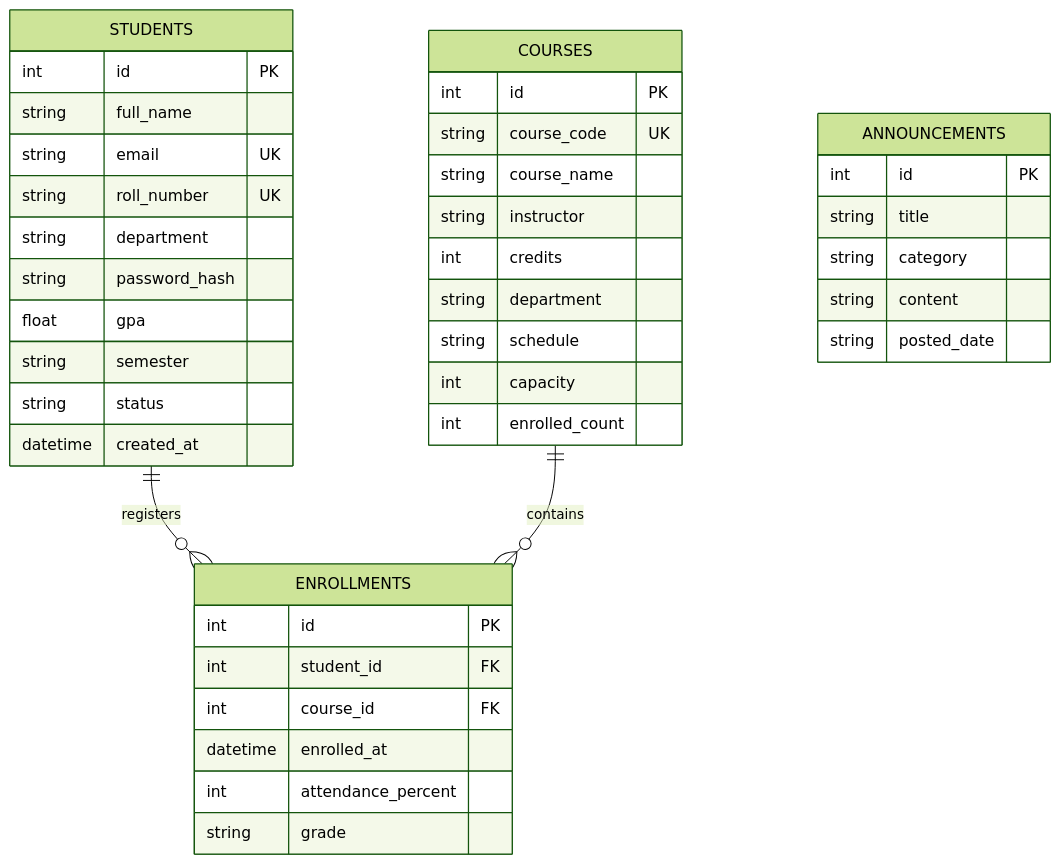
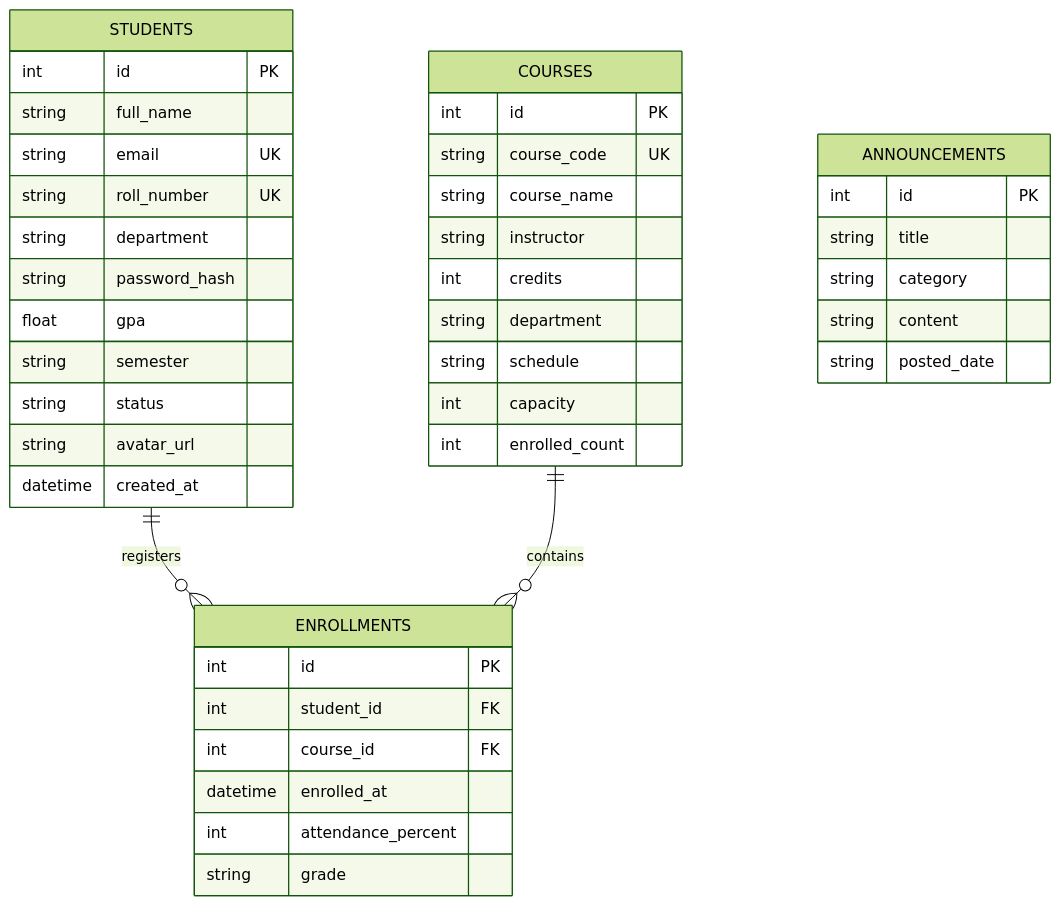
One commit to siddiquddin/student-portal changed the diagram in README.md. Above: the diagram before and after it, drawn with Mermaid (forest theme). The commit also changed other lines of this file, not shown here.

Commit message:
docs: update README with exact ports, Bootstrap 5 stack and SQL schema

````diff
--- a/README.md
+++ b/README.md
@@ -62,47 +60,48 @@
 ```mermaid
 erDiagram
     STUDENTS ||--o{ ENROLLMENTS : registers
     COURSES ||--o{ ENROLLMENTS : contains
     
     STUDENTS {
         int id PK
         string full_name
         string email UK
         string roll_number UK
         string department
         string password_hash
         float gpa
         string semester
         string status
+        string avatar_url
         datetime created_at
     }
 
     COURSES {
         int id PK
         string course_code UK
         string course_name
         string instructor
         int credits
         string department
         string schedule
         int capacity
         int enrolled_count
     }
 
     ENROLLMENTS {
         int id PK
         int student_id FK
         int course_id FK
         datetime enrolled_at
         int attendance_percent
         string grade
     }
 
     ANNOUNCEMENTS {
         int id PK
         string title
         string category
         string content
         string posted_date
     }
 ```
````
